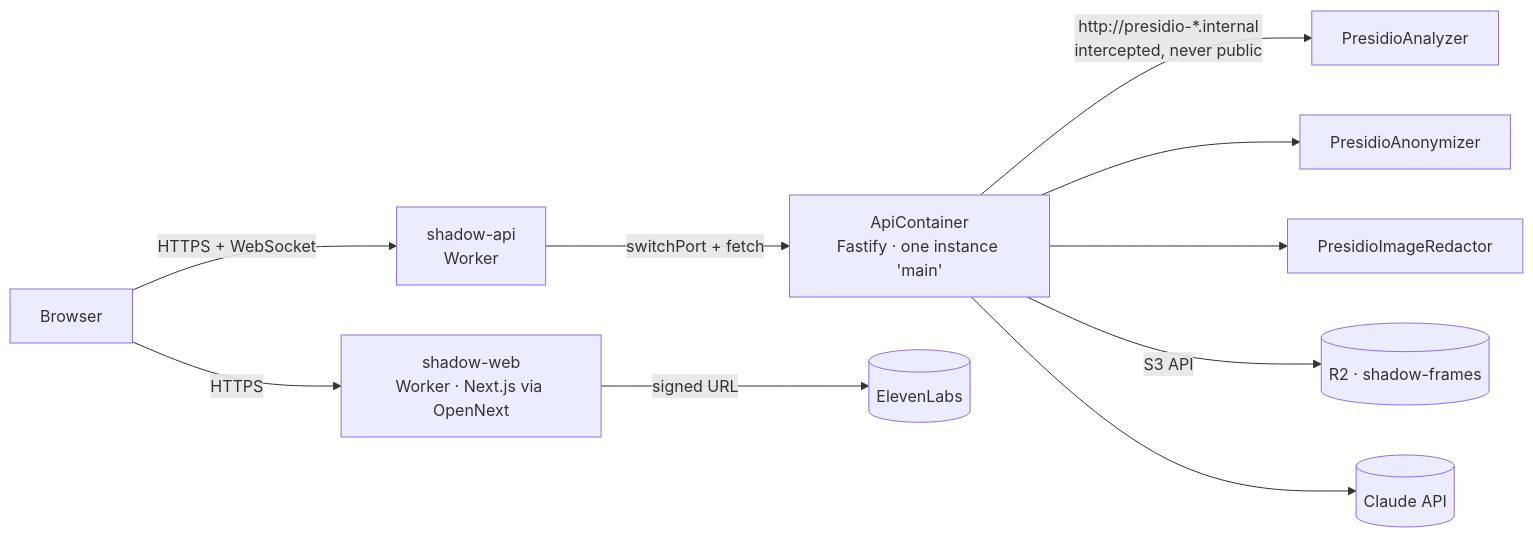
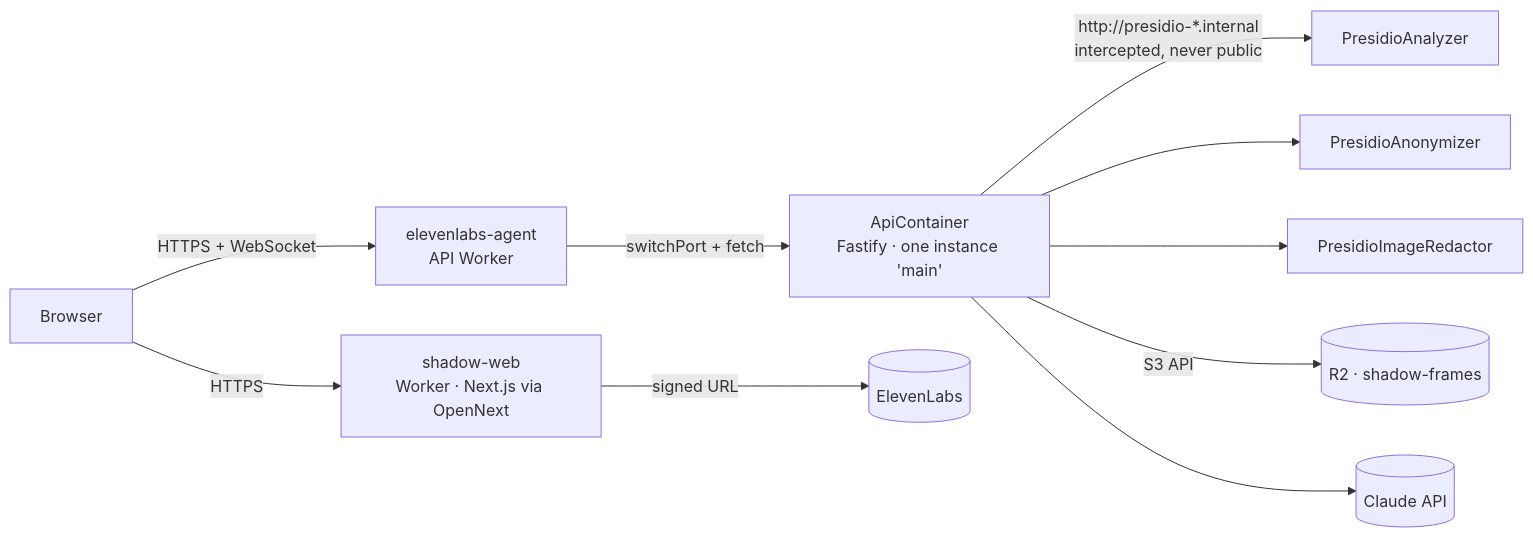
Before and after one commit to TanbirRamim/elevenlabs-agent: the diagram in docs/DEPLOY_CLOUDFLARE.md, drawn with Mermaid. The commit also changed other lines of this file and 5 other files, not shown here.

````diff
--- a/docs/DEPLOY_CLOUDFLARE.md
+++ b/docs/DEPLOY_CLOUDFLARE.md
@@ -5,12 +5,12 @@
 ```mermaid
 flowchart LR
   B[Browser] -->|HTTPS| W[shadow-web<br/>Worker · Next.js via OpenNext]
-  B -->|HTTPS + WebSocket| E[shadow-api<br/>Worker]
+  B -->|HTTPS + WebSocket| E[elevenlabs-agent<br/>API Worker]
   E -->|switchPort + fetch| A[ApiContainer<br/>Fastify · one instance 'main']
   A -->|http://presidio-*.internal<br/>intercepted, never public| P1[PresidioAnalyzer]
   A --> P2[PresidioAnonymizer]
   A --> P3[PresidioImageRedactor]
   A -->|S3 API| R2[(R2 · shadow-frames)]
   A --> C[(Claude API)]
   W -->|signed URL| EL[(ElevenLabs)]
 ```
````
